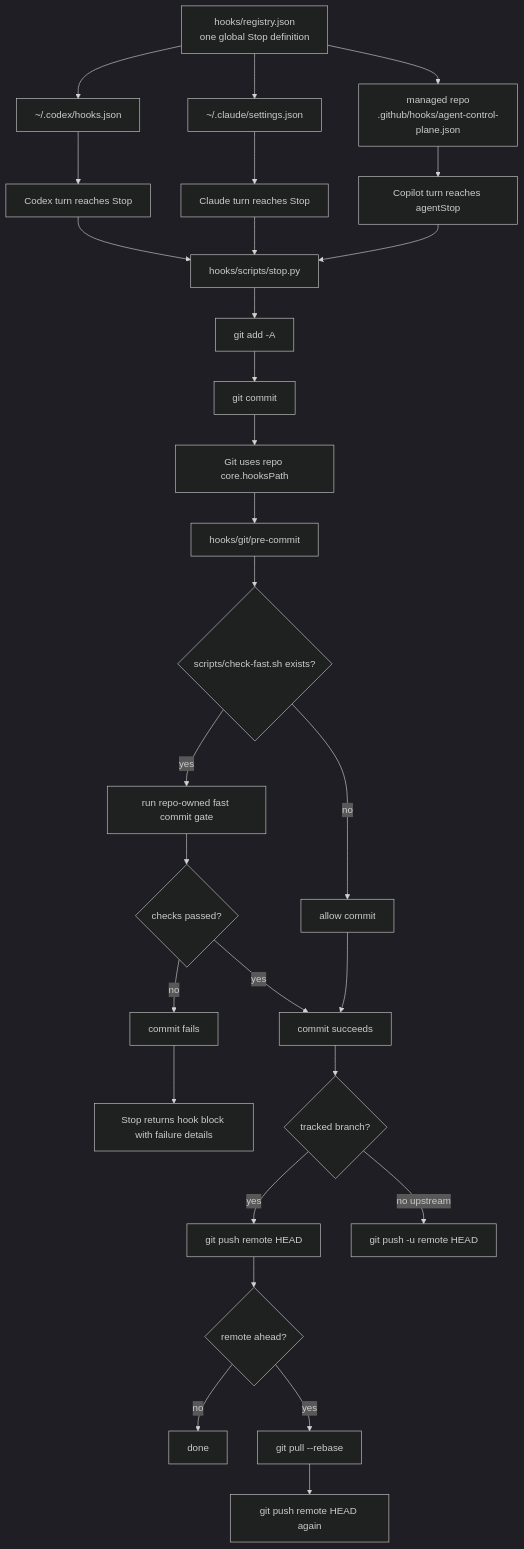
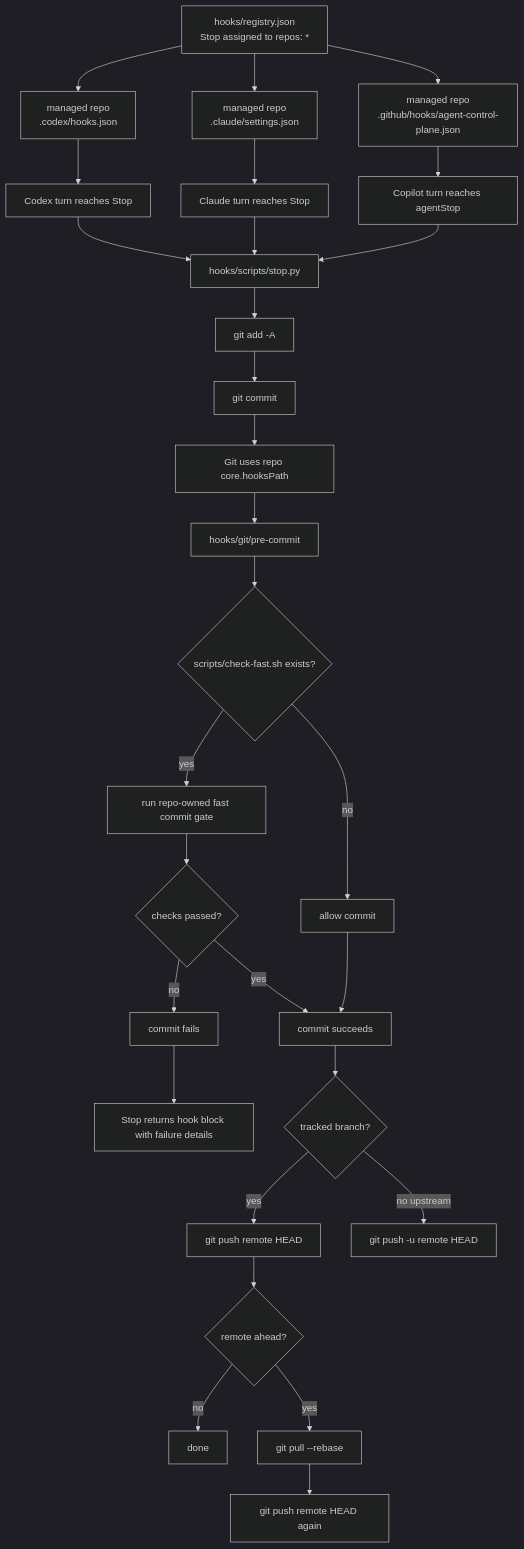
Before and after one commit to wisdom-in-a-nutshell/.agents: the fifth of 6 diagrams in docs/architecture/codex-control-plane-script-flows.md, drawn with Mermaid (dark theme). The commit also changed other lines of this file and 25 other files, not shown here.

````diff
--- a/docs/architecture/codex-control-plane-script-flows.md
+++ b/docs/architecture/codex-control-plane-script-flows.md
@@ -203,31 +206,31 @@
 ```mermaid
 flowchart TD
-    A[hooks/registry.json<br/>one global Stop definition] --> B[~/.codex/hooks.json]
-    A --> C[~/.claude/settings.json]
+    A[hooks/registry.json<br/>Stop assigned to repos: *] --> B[managed repo<br/>.codex/hooks.json]
+    A --> C[managed repo<br/>.claude/settings.json]
     A --> Y[managed repo<br/>.github/hooks/agent-control-plane.json]
     B --> D[Codex turn reaches Stop]
     C --> E[Claude turn reaches Stop]
     Y --> E2[Copilot turn reaches agentStop]
     D --> F[hooks/scripts/stop.py]
     E --> F
     E2 --> F
     F --> G[git add -A]
     G --> H[git commit]
     H --> I[Git uses repo core.hooksPath]
     I --> J[hooks/git/pre-commit]
     J --> K{scripts/check-fast.sh exists?}
     K -->|yes| L[run repo-owned fast commit gate]
     K -->|no| M[allow commit]
     L --> N{checks passed?}
     N -->|no| O[commit fails]
     O --> P[Stop returns hook block with failure details]
     N -->|yes| Q[commit succeeds]
     M --> Q
     Q --> R{tracked branch?}
     R -->|yes| S[git push remote HEAD]
     S --> T{remote ahead?}
     T -->|no| V[done]
     T -->|yes| W[git pull --rebase]
     W --> X[git push remote HEAD again]
     R -->|no upstream| U[git push -u remote HEAD]
 ```
````
